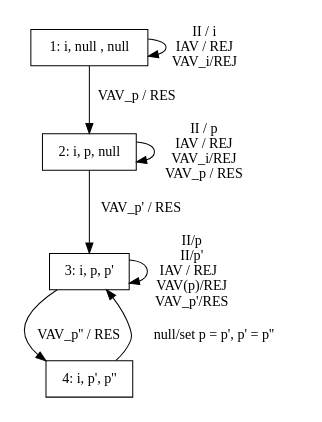
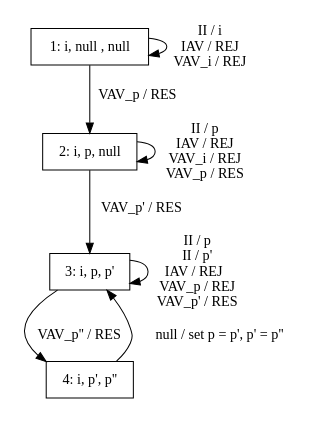
The diagram in NDSS/drawing/UE_diagram.gv (mdmohsinalikhan/5G), drawn with Graphviz before and after one commit. The commit also changed 15 other files, not shown here.

```diff
--- a/NDSS/drawing/UE_diagram.gv
+++ b/NDSS/drawing/UE_diagram.gv
@@ -1,38 +1,38 @@
 digraph UE_states {
 size = "7,2"
 1 [shape = rectangle, label = "1: i, null , null"] /* state description = state number:imsi,p,p', what is received from network, what is sent to the network*/
 2 [shape = rectangle, label = "2: i, p, null"]
 3 [shape = rectangle, label = "3: i, p, p'"]
 4 [shape = rectangle, label = "4: i, p', p''"]
 
 
-1 -> 1 [label = " II / i \n IAV / REJ \n VAV_i/REJ"]
+1 -> 1 [label = " II / i \n IAV / REJ \n VAV_i / REJ"]
 1 -> 2 [label = " VAV_p / RES"]
 
-2 -> 2 [label = " II / p \n IAV / REJ \n VAV_i/REJ \n VAV_p / RES "]
+2 -> 2 [label = " II / p \n IAV / REJ \n VAV_i / REJ \n VAV_p / RES "]
 2 -> 3 [label = " VAV_p' / RES "]
 
-3 -> 3 [label = " II/p \n II/p' \n IAV / REJ  \n VAV(p)/REJ \n VAV_p'/RES"]
+3 -> 3 [label = " II / p \n II / p' \n IAV / REJ  \n VAV_p / REJ \n VAV_p' / RES"]
 3 -> 4 [label = " VAV_p'' / RES"]
 
-4 -> 3 [label = " null/set p = p', p' = p''"]
+4 -> 3 [label = " null / set p = p', p' = p''"]
 
 }
 
 /*
 
 action codes:
 0: do nothing
 1: generate a new pseudonym p_new, set p = p_new. embed p_new in an AV and send to the respective SN
 2: generate a new pseudonym p_new, set p' = p_new, embed p_new in an AV and send to the respective SN
 3: Do not generate any new pseudonym. embed the existing p' in an AV and send to the respective SN
 4: gnerate a new pseudonym p_new. release p from the used pool. Set p = p' and P' = p_new. embed p_new in an AV and send to the respective SN
 
 a -> b -> c;
 b -> d; 
 a [shape=polygon,sides=5,peripheries=3,color=lightblue,style=filled];
 c [shape=polygon,sides=4,skew=.4,label="hello world"]
 d [shape=invtriangle];
 e [shape=polygon,sides=4,distortion=.7];
 
 */
```
